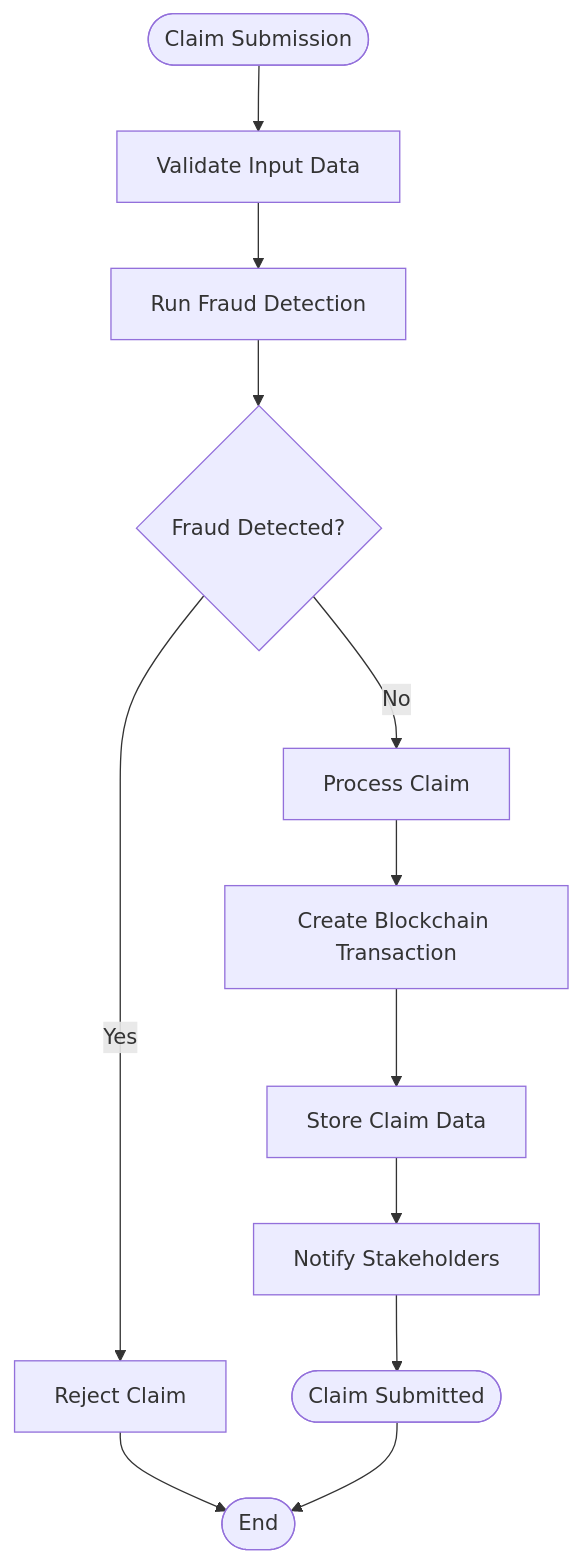
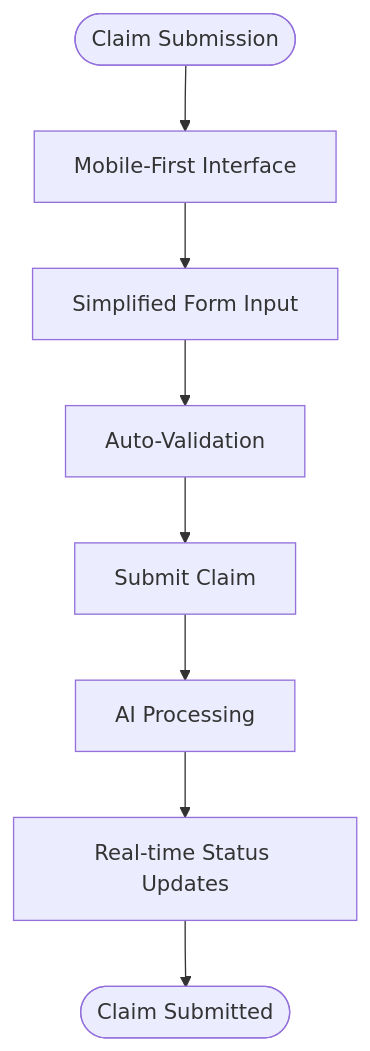
One commit to hieudepoet/Insurix changed the third of 6 diagrams in .qoder/repowiki/en/content/Deployment Guide/Demo Walkthrough Guide.md. Above: the diagram before and after it, drawn with Mermaid. The commit also changed other lines of this file and 63 other files, not shown here.

````diff
--- a/.qoder/repowiki/en/content/Deployment Guide/Demo Walkthrough Guide.md
+++ b/.qoder/repowiki/en/content/Deployment Guide/Demo Walkthrough Guide.md
@@ -195,14 +183,10 @@
 ```mermaid
 flowchart TD
-Start([Claim Submission]) --> Validate["Validate Input Data"]
-Validate --> CheckFraud["Run Fraud Detection"]
-CheckFraud --> FraudDetected{"Fraud Detected?"}
-FraudDetected --> |Yes| Reject["Reject Claim"]
-FraudDetected --> |No| ProcessClaim["Process Claim"]
-ProcessClaim --> CreateTx["Create Blockchain Transaction"]
-CreateTx --> StoreData["Store Claim Data"]
-StoreData --> Notify["Notify Stakeholders"]
-Notify --> Complete([Claim Submitted])
-Reject --> End([End])
-Complete --> End
+Start([Claim Submission]) --> MobileCheck["Mobile-First Interface"]
+MobileCheck --> SimpleForm["Simplified Form Input"]
+SimpleForm --> AutoValidate["Auto-Validation"]
+AutoValidate --> Submit["Submit Claim"]
+Submit --> Process["AI Processing"]
+Process --> Status["Real-time Status Updates"]
+Status --> Complete([Claim Submitted])
 ```
````
